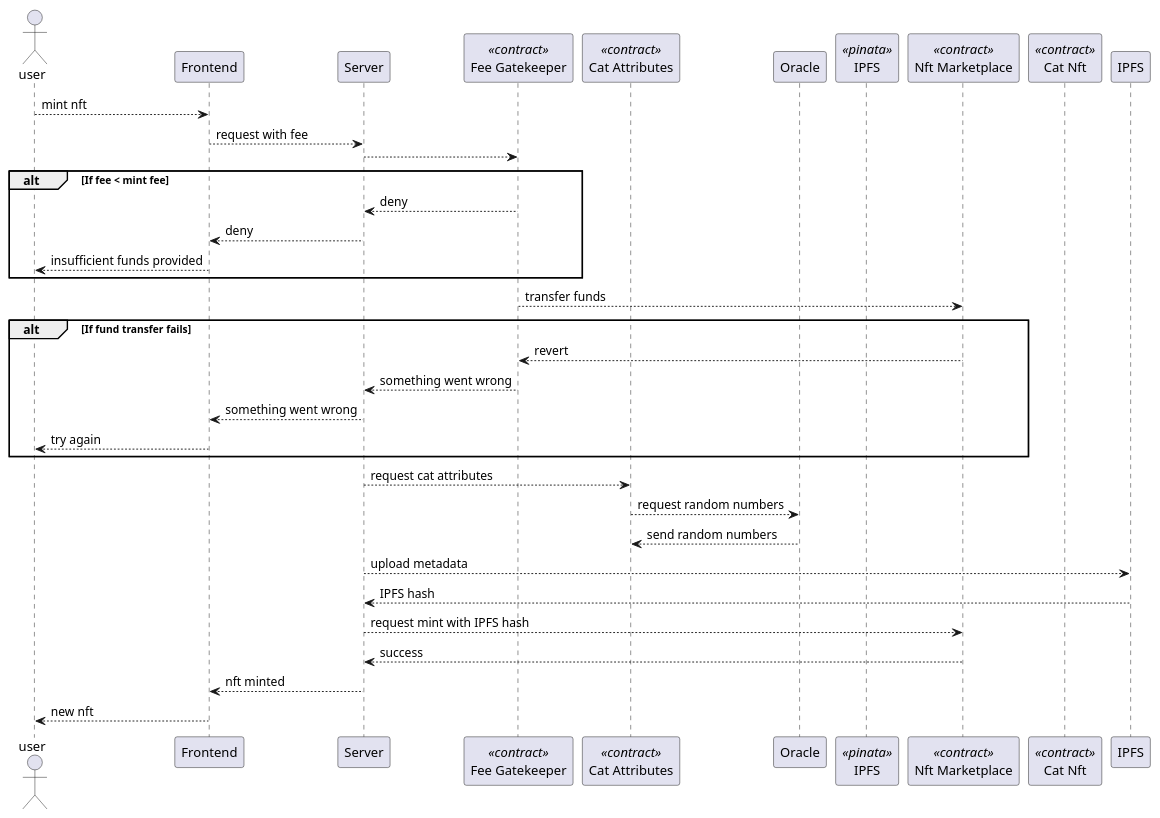
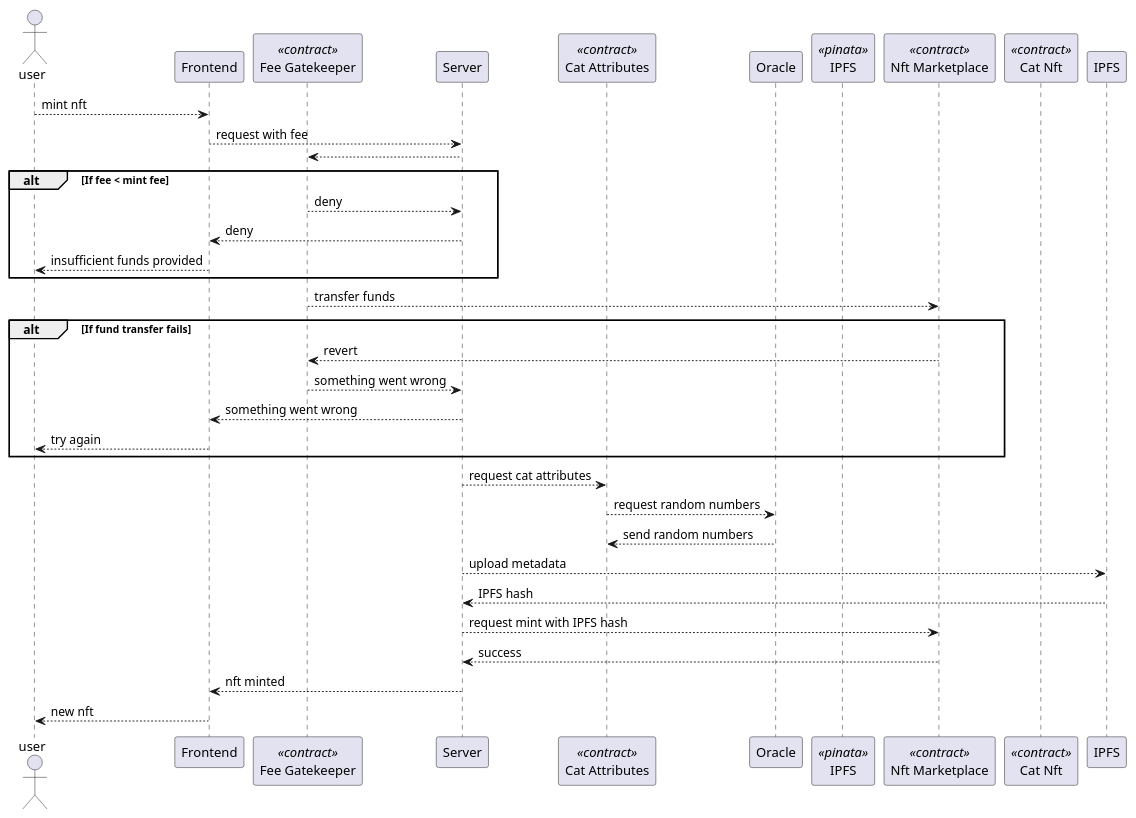
The diagram in docs/backend_heavy_sequence_diagram.md (tmpoe/soa-nft-marketplace), drawn with PlantUML before and after one commit. The commit also changed other lines of this file, not shown here.

Commit message:
Make gatekeeper frontend facing in docs

````diff
--- a/docs/backend_heavy_sequence_diagram.md
+++ b/docs/backend_heavy_sequence_diagram.md
@@ -1,47 +1,47 @@
 ```plantuml
 @startuml
 actor user
 participant Frontend as frontend
+participant "Fee Gatekeeper" as fee_gatekeeper <<contract>>
 participant "Server" as server
-participant "Fee Gatekeeper" as fee_gatekeeper <<contract>>
 participant "Cat Attributes" as cat_attributes <<contract>>
 participant "Oracle" as oracle
 participant "IPFS" as ipfs <<pinata>>
 participant "Nft Marketplace" as nft_marketplace <<contract>>
 participant "Cat Nft" as cat_nft <<contract>>
 
 user --> frontend : mint nft
 frontend --> server : request with fee
 server --> fee_gatekeeper
 
 alt If fee < mint fee
     fee_gatekeeper --> server : deny
     server --> frontend : deny
     frontend --> user : insufficient funds provided
 end
 
 fee_gatekeeper --> nft_marketplace : transfer funds
 
 alt If fund transfer fails
     nft_marketplace --> fee_gatekeeper : revert
     fee_gatekeeper --> server : something went wrong
     server --> frontend : something went wrong
     frontend --> user : try again
 end
 
 server --> cat_attributes : request cat attributes
 cat_attributes --> oracle : request random numbers
 oracle --> cat_attributes : send random numbers
 
 server --> IPFS : upload metadata
 IPFS --> server : IPFS hash
 
 ' No error handling here for now
 server --> nft_marketplace : request mint with IPFS hash
 nft_marketplace --> server : success
 server --> frontend : nft minted
 frontend --> user : new nft
 
 
 @enduml
 ```
````
